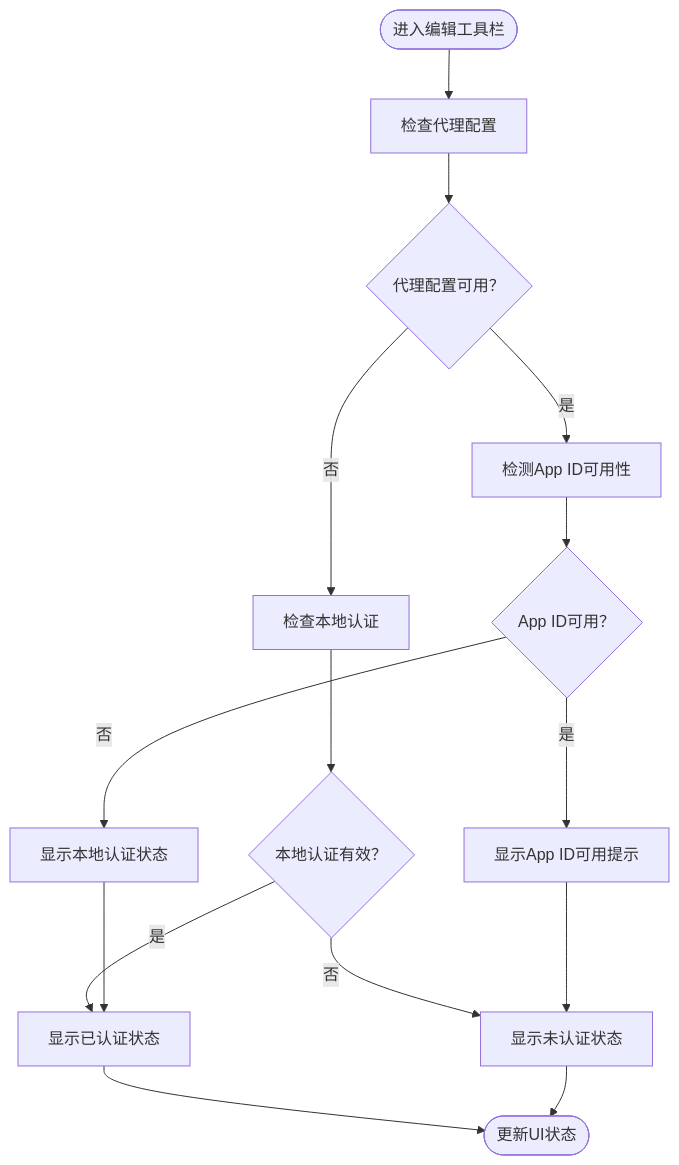
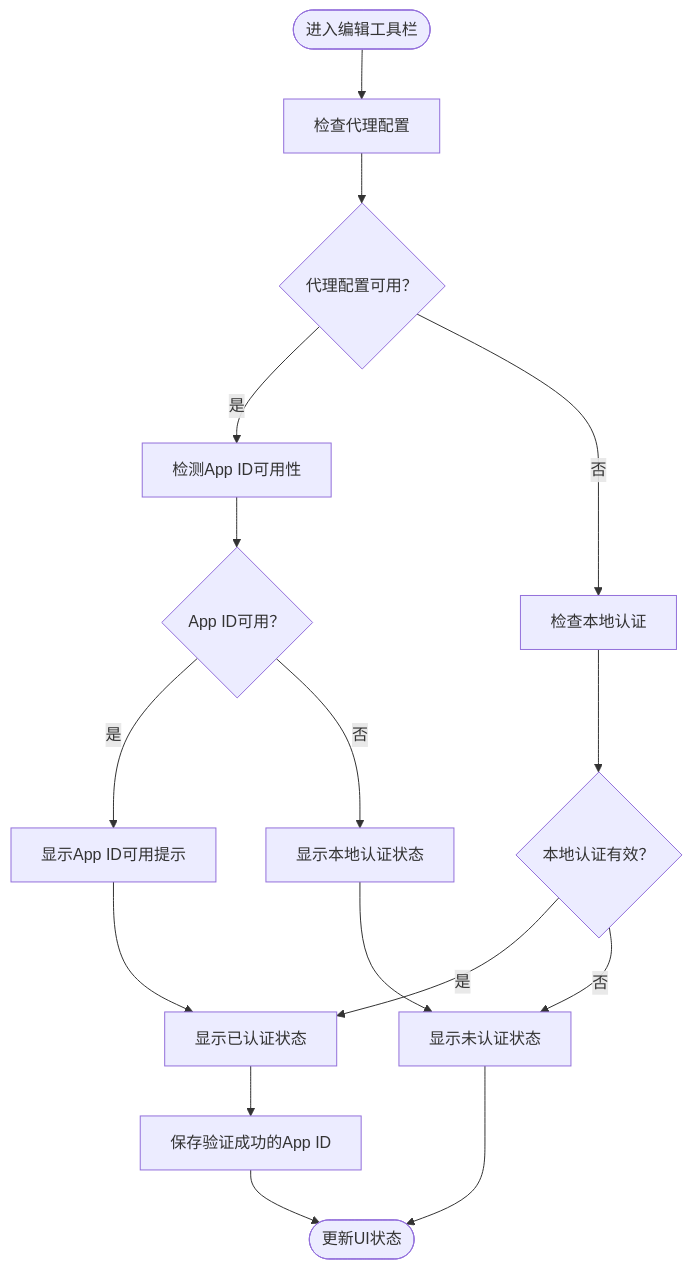
Before and after one commit to olx2990684400-sketch/olx-my-blog: the third of 8 diagrams in .qoder/repowiki/zh/content/组件系统/编辑组件.md, drawn with Mermaid. The commit also changed other lines of this file and 74 other files, not shown here.

````diff
--- a/.qoder/repowiki/zh/content/组件系统/编辑组件.md
+++ b/.qoder/repowiki/zh/content/组件系统/编辑组件.md
@@ -172,17 +182,18 @@
 ```mermaid
 flowchart TD
 Start(["进入编辑工具栏"]) --> CheckProxy["检查代理配置"]
 CheckProxy --> ProxyOk{"代理配置可用？"}
 ProxyOk --> |是| CheckAppId["检测App ID可用性"]
 ProxyOk --> |否| CheckLocal["检查本地认证"]
 CheckAppId --> AppIdOk{"App ID可用？"}
 AppIdOk --> |是| ShowHint["显示App ID可用提示"]
 AppIdOk --> |否| ShowLocal["显示本地认证状态"]
 CheckLocal --> HasAuth{"本地认证有效？"}
 HasAuth --> |是| AuthOK["显示已认证状态"]
 HasAuth --> |否| AuthErr["显示未认证状态"]
-ShowHint --> AuthErr
-ShowLocal --> AuthOK
-AuthOK --> End(["更新UI状态"])
+ShowHint --> AuthOK
+ShowLocal --> AuthErr
+AuthOK --> SaveAppId["保存验证成功的App ID"]
+SaveAppId --> End(["更新UI状态"])
 AuthErr --> End
 ```
````
